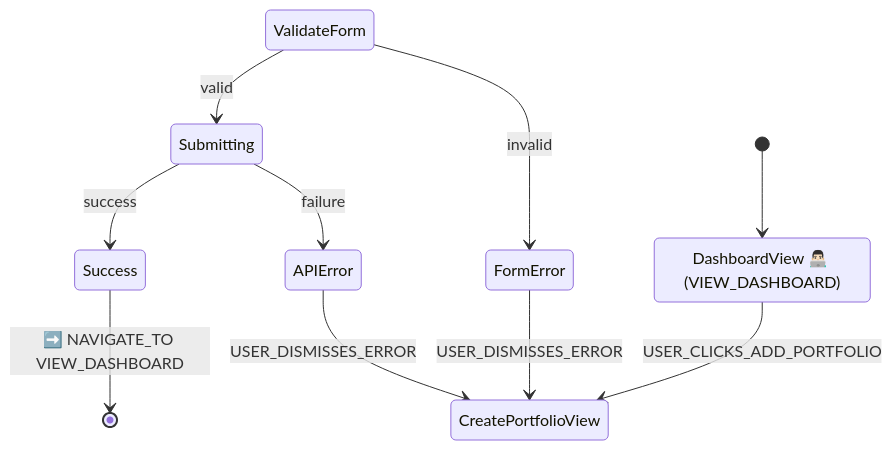
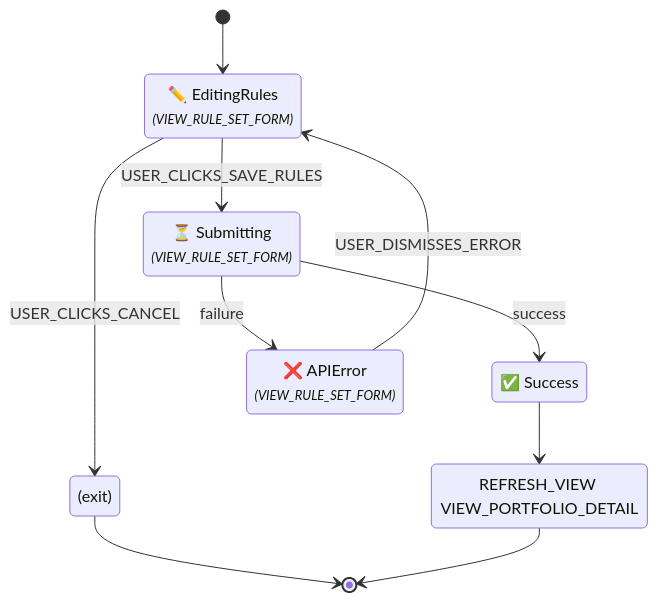
Before and after one commit to enzhao/Sentinel: the fourth of 21 diagrams in docs/ui_flow_diagrams.md, drawn with Mermaid. The commit also changed other lines of this file and 6 other files, not shown here.

````diff
--- a/docs/ui_flow_diagrams.md
+++ b/docs/ui_flow_diagrams.md
@@ -8,13 +62,18 @@
 ```mermaid
 stateDiagram-v2
-    state "DashboardView 👨🏻‍💻 (VIEW_DASHBOARD)" as DashboardView
-    [*] --> DashboardView
-    DashboardView --> CreatePortfolioView : USER_CLICKS_ADD_PORTFOLIO
-    ValidateForm --> Submitting : valid
-    ValidateForm --> FormError : invalid
+    [*] --> EditingRules
+    state "✏️ EditingRules<br/><font size="2"><i>(VIEW_RULE_SET_FORM)</i></font>" as EditingRules
+    EditingRules --> Submitting : USER_CLICKS_SAVE_RULES
+    state "(exit)" as EditingRules_exit_USER_CLICKS_CANCEL
+    EditingRules --> EditingRules_exit_USER_CLICKS_CANCEL : USER_CLICKS_CANCEL
+    EditingRules_exit_USER_CLICKS_CANCEL --> [*]
+    state "⏳ Submitting<br/><font size="2"><i>(VIEW_RULE_SET_FORM)</i></font>" as Submitting
     Submitting --> Success : success
     Submitting --> APIError : failure
-    Success --> [*] : ➡️ NAVIGATE_TO VIEW_DASHBOARD
-    FormError --> CreatePortfolioView : USER_DISMISSES_ERROR
-    APIError --> CreatePortfolioView : USER_DISMISSES_ERROR
+    state "✅ Success" as Success
+    state "REFRESH_VIEW VIEW_PORTFOLIO_DETAIL" as Success_exit_action
+    Success --> Success_exit_action
+    Success_exit_action --> [*]
+    state "❌ APIError<br/><font size="2"><i>(VIEW_RULE_SET_FORM)</i></font>" as APIError
+    APIError --> EditingRules : USER_DISMISSES_ERROR
 ```
````
